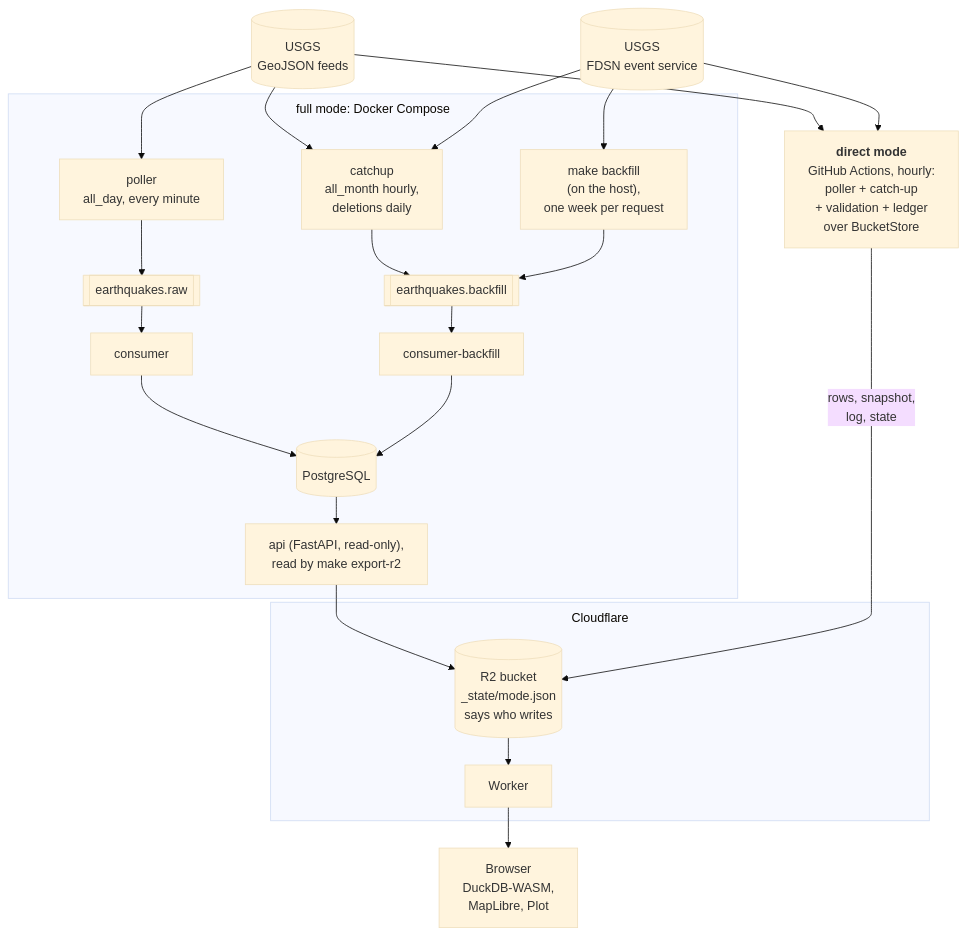
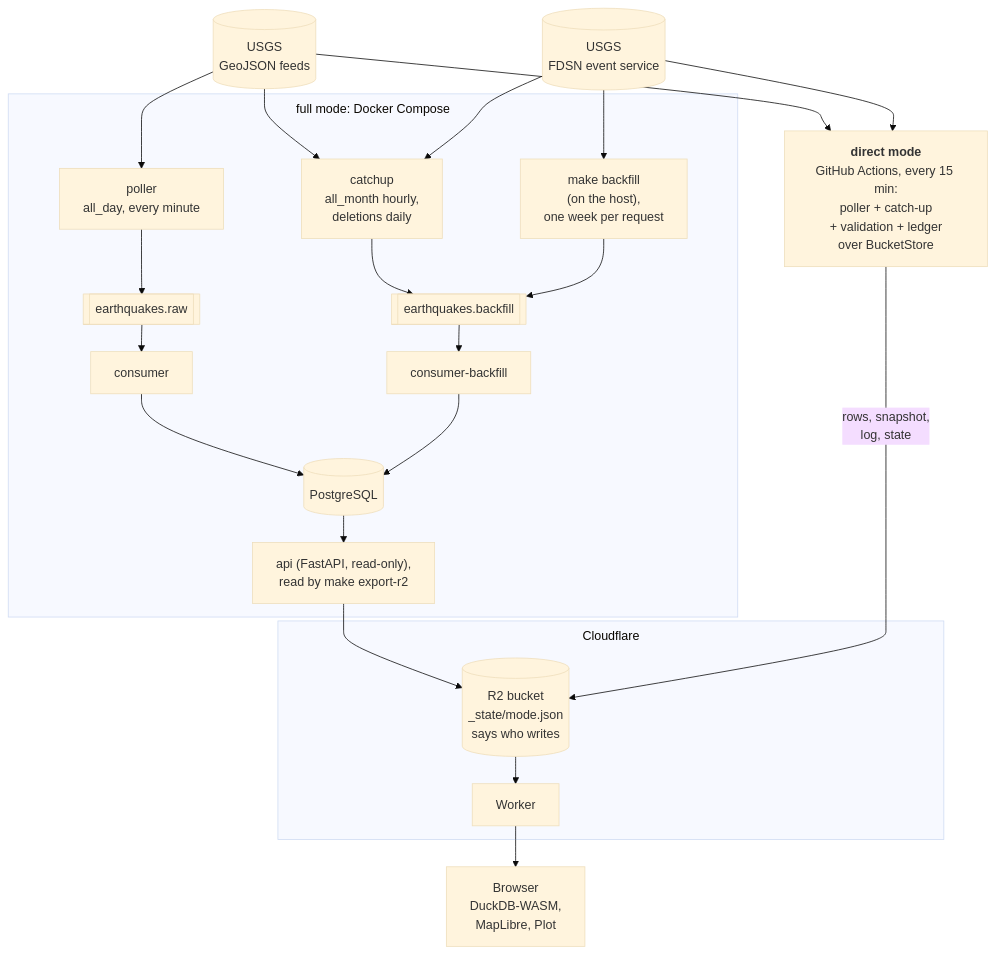
The first of 8 diagrams in docs/technical/architecture.md (dienarvaez1/earth-hub), drawn with Mermaid (base theme) before and after one commit. The commit also changed other lines of this file and 30 other files, not shown here.

First line of the commit message:
feat: MIT license, release script, direct mode every 15 minutes, no preview label; DEF-051 (#38)

````diff
--- a/docs/technical/architecture.md
+++ b/docs/technical/architecture.md
@@ -7,46 +7,46 @@
 ```mermaid
 %%{init: {"flowchart": {"rankSpacing": 35, "nodeSpacing": 100, "subGraphTitleMargin": {"top": 8, "bottom": 22}}}}%%
 flowchart TB
     usgs[("USGS<br/>GeoJSON feeds")]
     fdsn[("USGS<br/>FDSN event service")]
 
     subgraph docker["full mode: Docker Compose"]
         poller["poller<br/>all_day, every minute"]
         catchup["catchup<br/>all_month hourly,<br/>deletions daily"]
         backfill["make backfill<br/>(on the host),<br/>one week per request"]
         raw[["earthquakes.raw"]]
         bf[["earthquakes.backfill"]]
         consumer["consumer"]
         consumerbf["consumer-backfill"]
         pg[("PostgreSQL")]
         api["api (FastAPI, read-only),<br/>read by make export-r2"]
     end
 
-    direct["<b>direct mode</b><br/>GitHub Actions, hourly:<br/>poller + catch-up<br/>+ validation + ledger<br/>over BucketStore"]
+    direct["<b>direct mode</b><br/>GitHub Actions, every 15 min:<br/>poller + catch-up<br/>+ validation + ledger<br/>over BucketStore"]
 
     subgraph cloud["Cloudflare"]
         r2[("R2 bucket<br/>_state/mode.json<br/>says who writes")]
         worker["Worker"]
     end
 
     browser["Browser<br/>DuckDB-WASM,<br/>MapLibre, Plot"]
 
     usgs --> poller
     usgs --> catchup
     fdsn --> catchup
     fdsn --> backfill
     usgs --> direct
     fdsn --> direct
     poller --> raw
     catchup --> bf
     backfill --> bf
     raw --> consumer
     bf --> consumerbf
     consumer --> pg
     consumerbf --> pg
     pg --> api
     api --> r2
     direct -- "rows, snapshot,<br/>log, state" --> r2
     r2 --> worker
     worker --> browser
 ```
````
